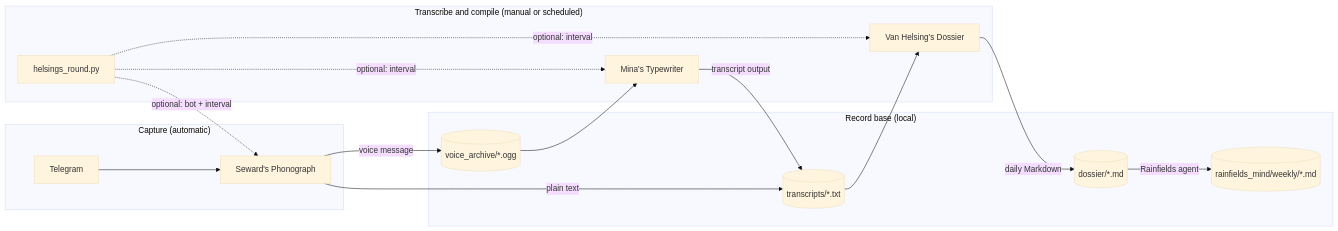
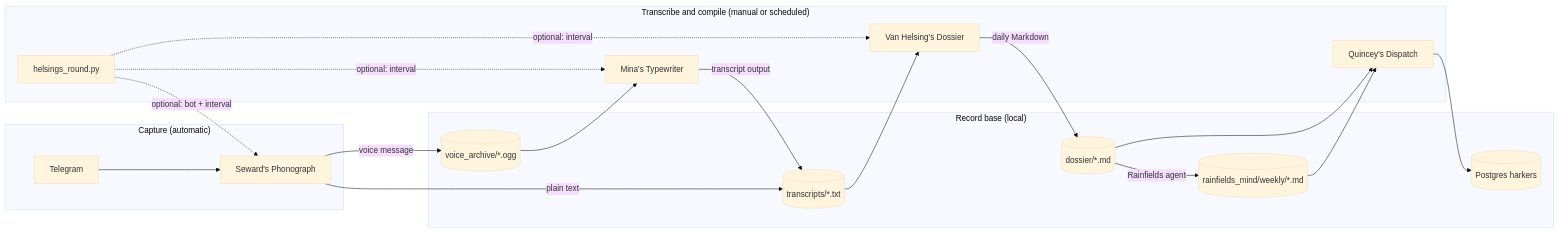
Before and after one commit to GuilherLRO/harkers_archive: the diagram in README.md, drawn with Mermaid (base theme). The commit also changed other lines of this file and 10 other files, not shown here.

First line of the commit message:
Add Quincey's Dispatch to mirror dossier and weekly notes into Postgres.

````diff
--- a/README.md
+++ b/README.md
@@ -41,32 +44,37 @@
 ```mermaid
 flowchart LR
   subgraph capture["Capture (automatic)"]
     TG[Telegram]
     SP[Seward's Phonograph]
     TG --> SP
   end
 
   subgraph store["Record base (local)"]
     VA[(voice_archive/*.ogg)]
     TR[(transcripts/*.txt)]
     DO[(dossier/*.md)]
     RM[(rainfields_mind/weekly/*.md)]
+    PG[(Postgres harkers)]
   end
 
   subgraph transcribe["Transcribe and compile (manual or scheduled)"]
     MT[Mina's Typewriter]
     VD[Van Helsing's Dossier]
     AR[helsings_round.py]
+    QD[Quincey's Dispatch]
   end
 
   SP -->|voice message| VA
   SP -->|plain text| TR
   VA --> MT
   MT -->|transcript output| TR
   TR --> VD
   VD -->|daily Markdown| DO
   DO -->|Rainfields agent| RM
+  DO --> QD
+  RM --> QD
+  QD --> PG
   AR -.->|optional: bot + interval| SP
   AR -.->|optional: interval| MT
   AR -.->|optional: interval| VD
 ```
````
